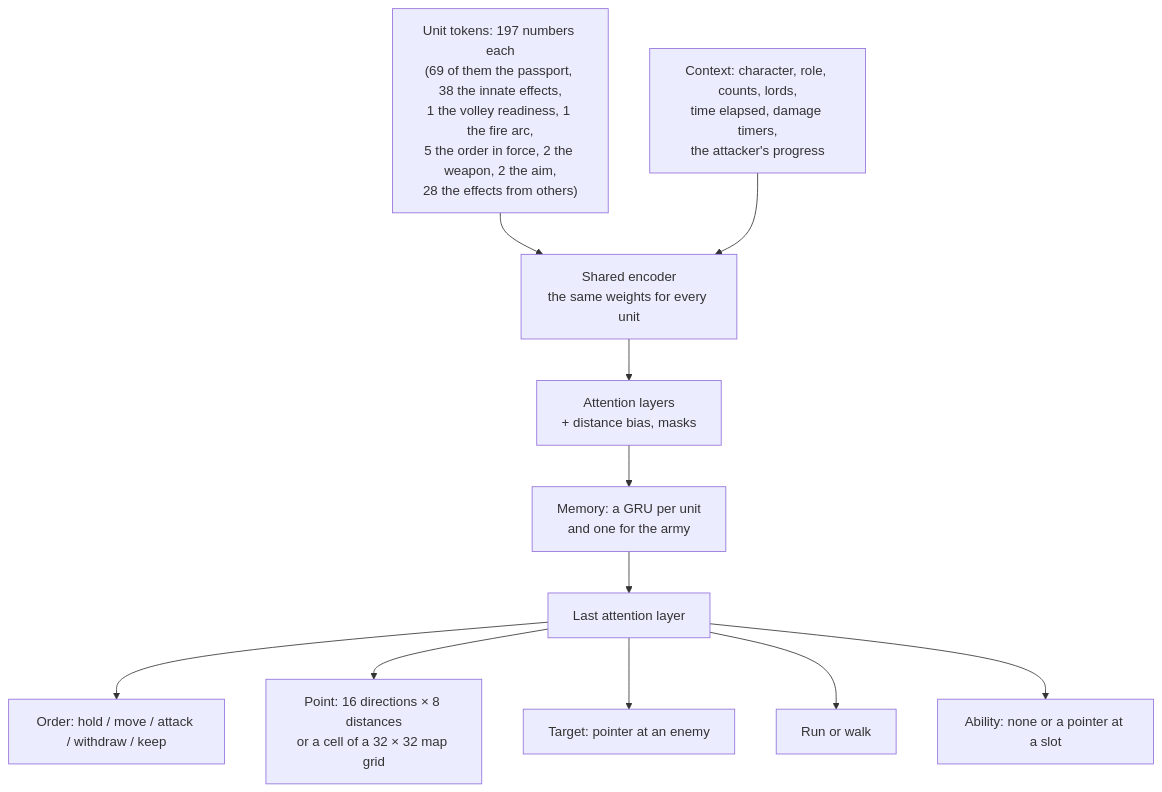
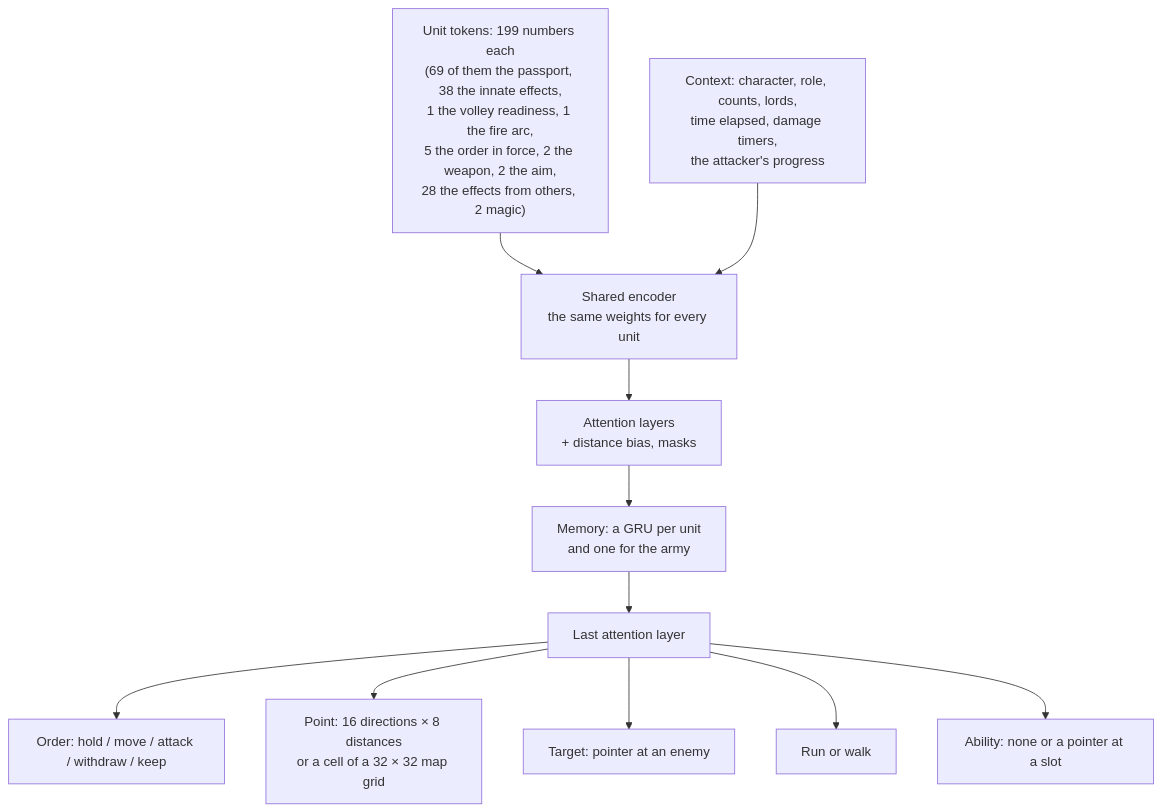
One commit to DimaZero7/TWW3-batle-ai changed the second of 3 diagrams in docs/en/training/model.md. Above: the diagram before and after it, drawn with Mermaid. The commit also changed other lines of this file and 51 other files, not shown here.

````diff
--- a/docs/en/training/model.md
+++ b/docs/en/training/model.md
@@ -329,13 +368,13 @@
 ```mermaid
 flowchart TB
-  tok["Unit tokens: 197 numbers each<br/>(69 of them the passport, 38 the innate effects,<br/>1 the volley readiness, 1 the fire arc,<br/>5 the order in force, 2 the weapon, 2 the aim,<br/>28 the effects from others)"] --> enc["Shared encoder<br/>the same weights for every unit"]
+  tok["Unit tokens: 199 numbers each<br/>(69 of them the passport, 38 the innate effects,<br/>1 the volley readiness, 1 the fire arc,<br/>5 the order in force, 2 the weapon, 2 the aim,<br/>28 the effects from others, 2 magic)"] --> enc["Shared encoder<br/>the same weights for every unit"]
   ctx["Context: character, role, counts, lords,<br/>time elapsed, damage timers,<br/>the attacker's progress"] --> enc
   enc --> att["Attention layers<br/>+ distance bias, masks"]
   att --> gru["Memory: a GRU per unit<br/>and one for the army"]
   gru --> last["Last attention layer"]
   last --> kind["Order: hold / move / attack / withdraw / keep"]
   last --> point["Point: 16 directions × 8 distances<br/>or a cell of a 32 × 32 map grid"]
   last --> ptr["Target: pointer at an enemy"]
   last --> run["Run or walk"]
   last --> abil["Ability: none or a pointer at a slot"]
 ```
````
